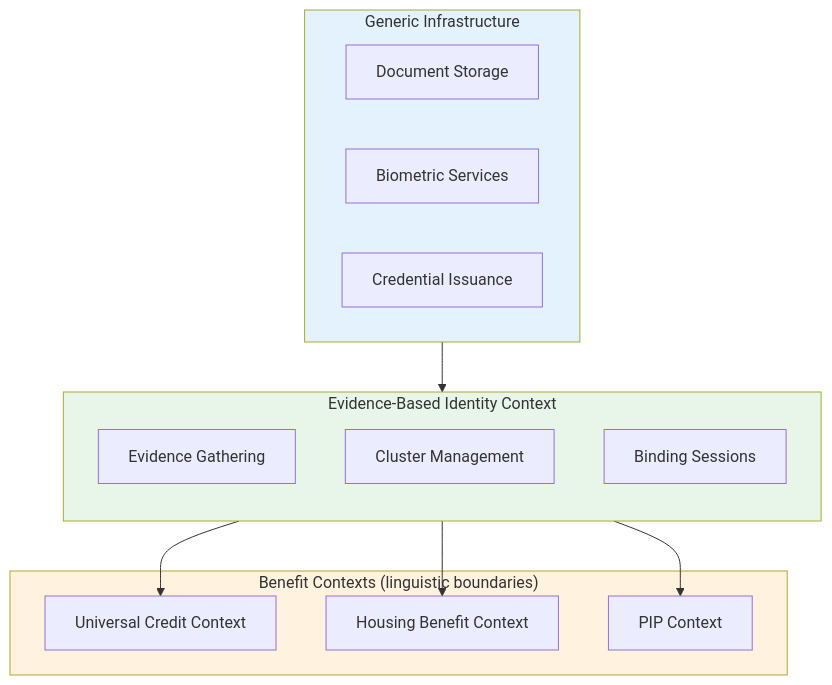
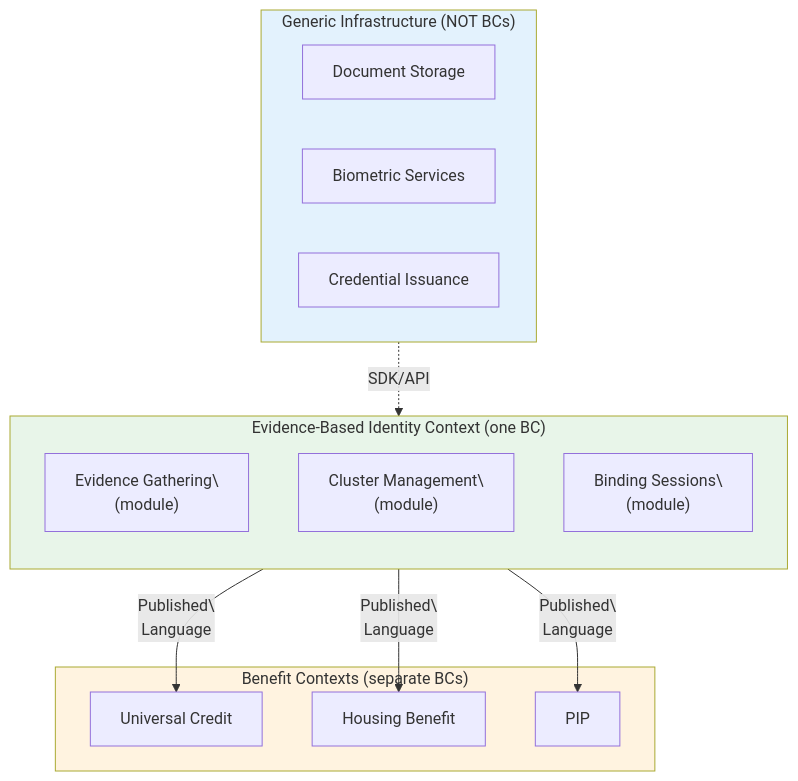
The third of 4 diagrams in Paper_2_Evidence_Based_Identity.md (mrchughes/architecting-modern-government-services), drawn with Mermaid before and after one commit. The commit also changed other lines of this file and 1 other file, not shown here.

Commit message:
Paper 2 §4.2: Clarify diagram labels
- Core: '(one BC)' with internal '(module)' labels
- Benefits: '(separate BCs)' not '(linguistic boundaries)'
- Generic: '(NOT BCs)' explicit
- Added edge labels (Published Language vs SDK/API)
- Added legend explaining box colors and arrow types

````diff
--- a/Paper_2_Evidence_Based_Identity.md
+++ b/Paper_2_Evidence_Based_Identity.md
@@ -605,30 +605,30 @@
 ```mermaid
 flowchart TB
-    subgraph Core["Evidence-Based Identity Context"]
+    subgraph Core["Evidence-Based Identity Context (one BC)"]
         direction TB
-        EV["Evidence Gathering"]
-        CL["Cluster Management"]
-        BS["Binding Sessions"]
+        EV["Evidence Gathering\\n(module)"]
+        CL["Cluster Management\\n(module)"]
+        BS["Binding Sessions\\n(module)"]
     end
     
-    subgraph Benefits["Benefit Contexts (linguistic boundaries)"]
-        UC["Universal Credit Context"]
-        HB["Housing Benefit Context"]
-        PIP["PIP Context"]
+    subgraph Benefits["Benefit Contexts (separate BCs)"]
+        UC["Universal Credit"]
+        HB["Housing Benefit"]
+        PIP["PIP"]
     end
     
-    subgraph Generic["Generic Infrastructure"]
+    subgraph Generic["Generic Infrastructure (NOT BCs)"]
         DOC["Document Storage"]
         BIO["Biometric Services"]
         CRED["Credential Issuance"]
     end
     
-    Core --> UC
-    Core --> HB
-    Core --> PIP
-    Generic --> Core
+    Core -->|"Published\\nLanguage"| UC
+    Core -->|"Published\\nLanguage"| HB
+    Core -->|"Published\\nLanguage"| PIP
+    Generic -.->|"SDK/API"| Core
     
     style Core fill:#e8f5e9
     style Benefits fill:#fff3e0
     style Generic fill:#e3f2fd
 ```
````
